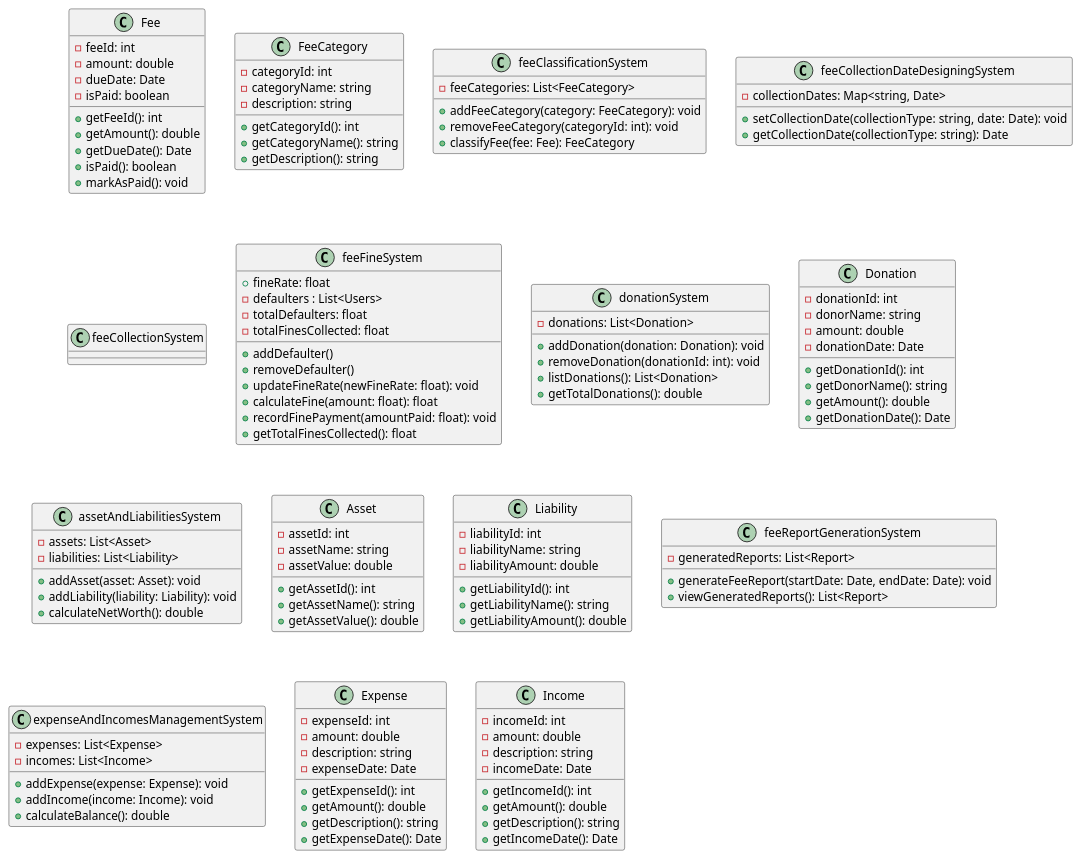
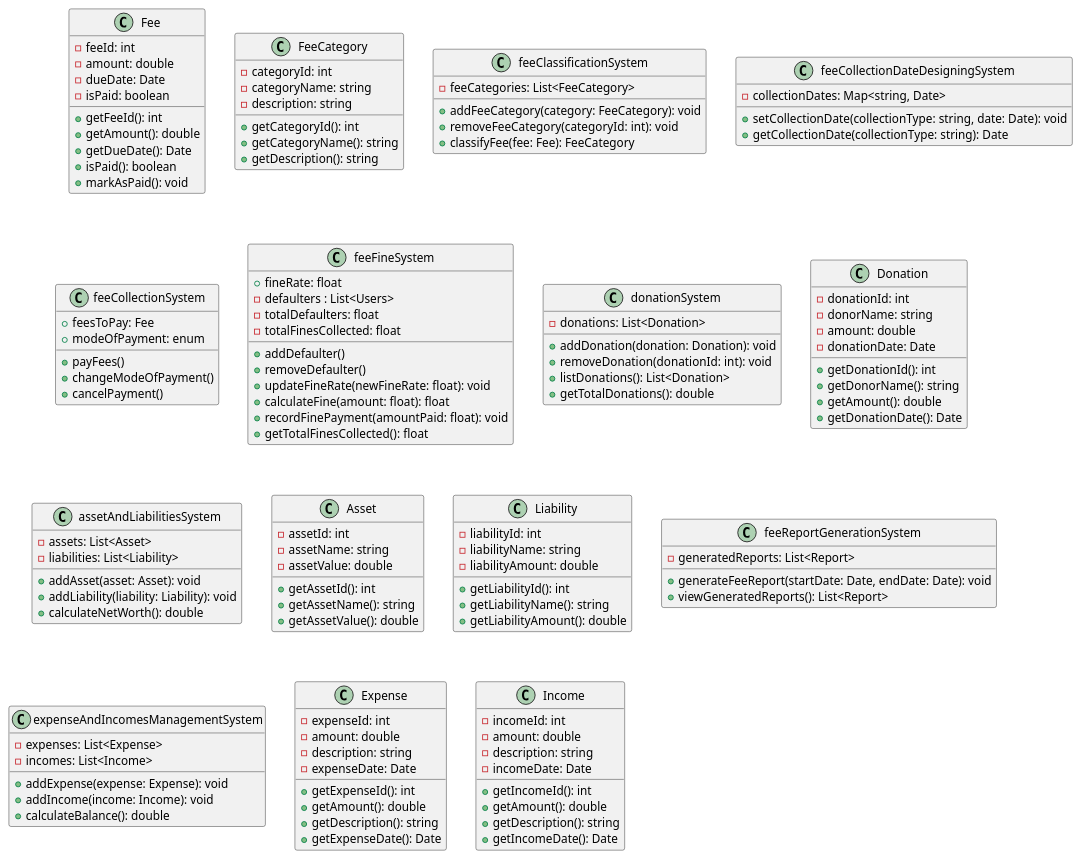
Before and after one commit to anshium/DASS-Assignment-3-IMS-System-Design: the diagram in finance.plantuml, drawn with PlantUML.

Commit message:
update some fee collection system, to be updated

```diff
--- a/finance.plantuml
+++ b/finance.plantuml
@@ -1,140 +1,145 @@
 @startuml manage_users
 
 class Fee {
 	- feeId: int
 	- amount: double
 	- dueDate: Date
 	- isPaid: boolean
 	+ getFeeId(): int
 	+ getAmount(): double
 	+ getDueDate(): Date
 	+ isPaid(): boolean
 	+ markAsPaid(): void
 }
 
 class FeeCategory {
 	- categoryId: int
 	- categoryName: string
 	- description: string
 	+ getCategoryId(): int
 	+ getCategoryName(): string
 	+ getDescription(): string
 }
 
 class feeClassificationSystem {
 	- feeCategories: List<FeeCategory>
 	+ addFeeCategory(category: FeeCategory): void
 	+ removeFeeCategory(categoryId: int): void
 	+ classifyFee(fee: Fee): FeeCategory
 }
 
 class feeCollectionDateDesigningSystem {
 	- collectionDates: Map<string, Date>
 	+ setCollectionDate(collectionType: string, date: Date): void
 	+ getCollectionDate(collectionType: string): Date
 }
 
 class feeCollectionSystem {
-   
+	+ feesToPay: Fee
+	+ modeOfPayment: enum
+	
+	+ payFees()
+	+ changeModeOfPayment()
+	+ cancelPayment()
 }
 
 class feeFineSystem {
     + fineRate: float
 	- defaulters : List<Users>
 	- totalDefaulters: float
     - totalFinesCollected: float
     
 	+ addDefaulter()
 	+ removeDefaulter()
     + updateFineRate(newFineRate: float): void
     + calculateFine(amount: float): float
     + recordFinePayment(amountPaid: float): void
     + getTotalFinesCollected(): float
 }
 
 class donationSystem {
 	- donations: List<Donation>
 	+ addDonation(donation: Donation): void
 	+ removeDonation(donationId: int): void
 	+ listDonations(): List<Donation>
 	+ getTotalDonations(): double
 }
 
 class Donation {
 	- donationId: int
 	- donorName: string
 	- amount: double
 	- donationDate: Date
 	+ getDonationId(): int
 	+ getDonorName(): string
 	+ getAmount(): double
 	+ getDonationDate(): Date
 }
 
 class assetAndLiabilitiesSystem {
 	- assets: List<Asset>
 	- liabilities: List<Liability>
 	+ addAsset(asset: Asset): void
 	+ addLiability(liability: Liability): void
 	+ calculateNetWorth(): double
 }
 
 class Asset {
 	- assetId: int
 	- assetName: string
 	- assetValue: double
 	+ getAssetId(): int
 	+ getAssetName(): string
 	+ getAssetValue(): double
 }
 
 class Liability {
 	- liabilityId: int
 	- liabilityName: string
 	- liabilityAmount: double
 	+ getLiabilityId(): int
 	+ getLiabilityName(): string
 	+ getLiabilityAmount(): double
 }
 
 class feeReportGenerationSystem {
   	- generatedReports: List<Report>
 	'Should the reports go to the database, or should they rest with the system?: Can do that it goes to the cache and everytime the generatedReports is invoked, it fetches the data into this variable'
 
 	+ generateFeeReport(startDate: Date, endDate: Date): void
 	+ viewGeneratedReports(): List<Report>
 }
 
 class expenseAndIncomesManagementSystem {
 	- expenses: List<Expense>
 	- incomes: List<Income>
 	+ addExpense(expense: Expense): void
 	+ addIncome(income: Income): void
 	+ calculateBalance(): double
 }
 
 class Expense {
 	- expenseId: int
 	- amount: double
 	- description: string
 	- expenseDate: Date
 
 	+ getExpenseId(): int
 	+ getAmount(): double
 	+ getDescription(): string
 	+ getExpenseDate(): Date
 }
 
 class Income {
 	- incomeId: int
 	- amount: double
 	- description: string
 	- incomeDate: Date
 
 	+ getIncomeId(): int
 	+ getAmount(): double
 	+ getDescription(): string
 	+ getIncomeDate(): Date
 }
 
 @enduml
```
